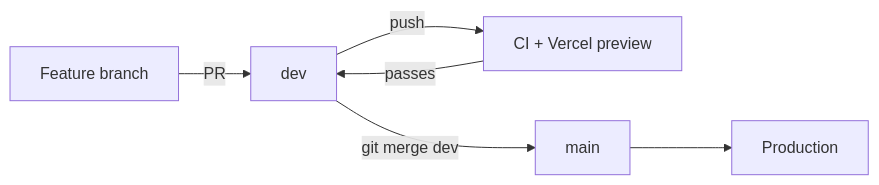
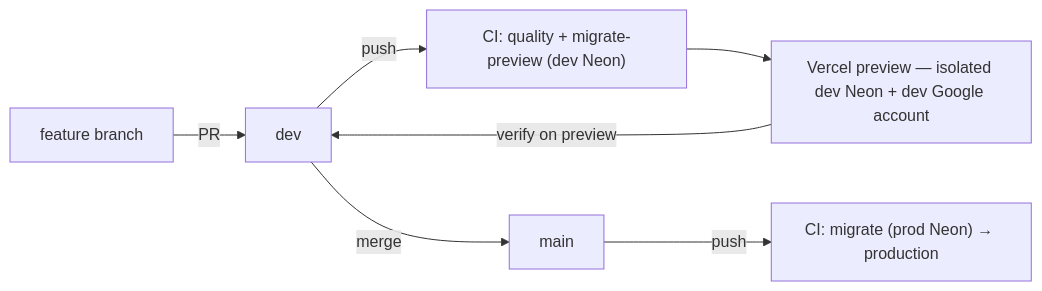
The second of 2 diagrams in docs/developer-guide.md (oncloudnintynineone-source/cloudy2), drawn with Mermaid before and after one commit. The commit also changed other lines of this file, not shown here.

Commit message:
Document dev-first workflow and preview verification in the developer guide

````diff
--- a/docs/developer-guide.md
+++ b/docs/developer-guide.md
@@ -158,8 +161,9 @@
 ```mermaid
 flowchart LR
-    A[Feature branch] -- PR --> B[dev]
-    B -- push --> C[CI + Vercel preview]
-    C -- passes --> B
-    B -- git merge dev --> D[main]
-    D --> E[Production]
+    A[feature branch] -- PR --> B[dev]
+    B -- push --> C["CI: quality + migrate-preview (dev Neon)"]
+    C --> D["Vercel preview — isolated dev Neon + dev Google account"]
+    D -- verify on preview --> B
+    B -- merge --> E[main]
+    E -- push --> F["CI: migrate (prod Neon) → production"]
 ```
````
